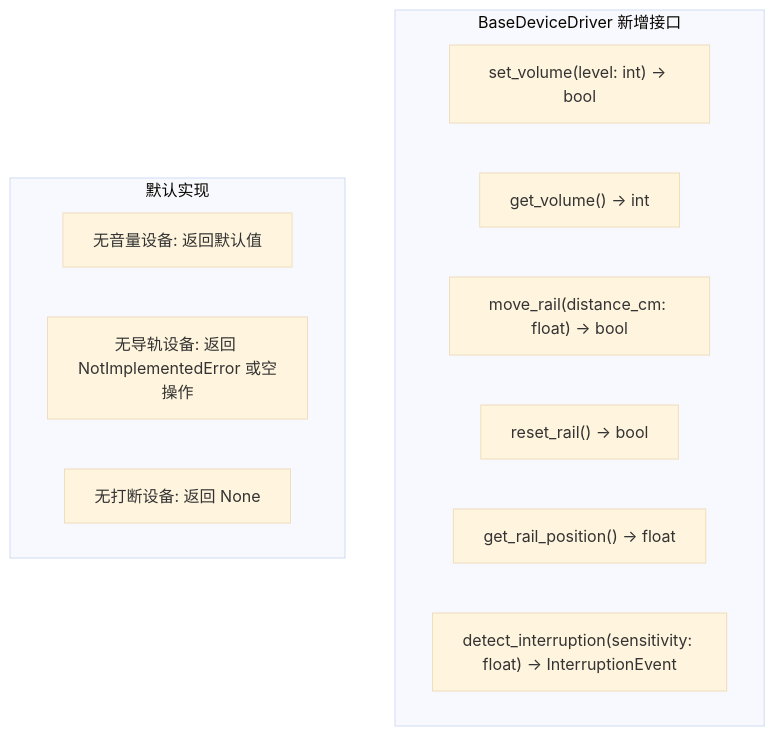
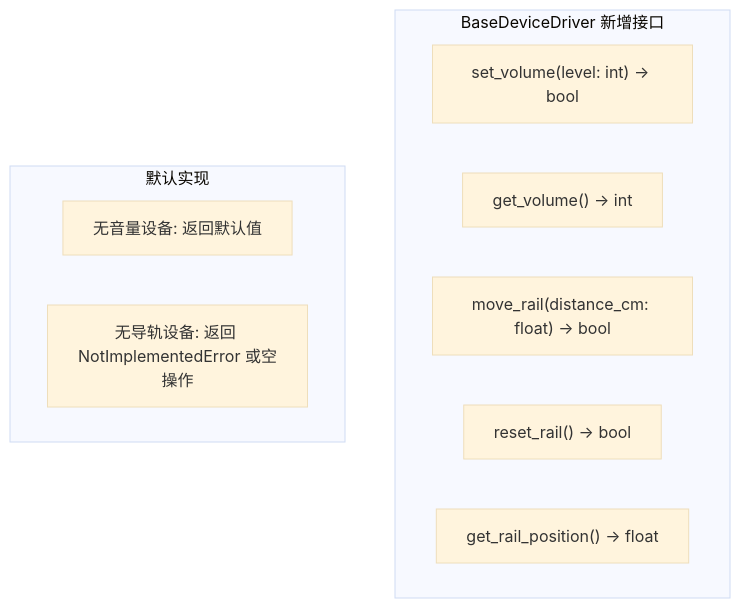
One commit to ydz-auto/intelligent_audio_test changed the second of 2 diagrams in Intelligent-Audio-TEST/doc/voice_llm/03_选设备API/00_步骤总览.md. Above: the diagram before and after it, drawn with Mermaid (base theme). The commit also changed other lines of this file and 59 other files, not shown here.

First line of the commit message:
fix(tag-view): 修复E2ETest/APITest页面标签视图不显示数据

````diff
--- a/Intelligent-Audio-TEST/doc/voice_llm/03_选设备API/00_步骤总览.md
+++ b/Intelligent-Audio-TEST/doc/voice_llm/03_选设备API/00_步骤总览.md
@@ -57,17 +57,15 @@
 ```mermaid
 graph TD
     subgraph BaseDeviceDriver 新增接口
         A["set_volume(level: int) → bool"]
         B["get_volume() → int"]
         C["move_rail(distance_cm: float) → bool"]
         D["reset_rail() → bool"]
         E["get_rail_position() → float"]
-        F["detect_interruption(sensitivity: float) → InterruptionEvent"]
     end
 
     subgraph 默认实现
         G["无音量设备: 返回默认值"]
         H["无导轨设备: 返回 NotImplementedError 或空操作"]
-        I["无打断设备: 返回 None"]
     end
 ```
````
